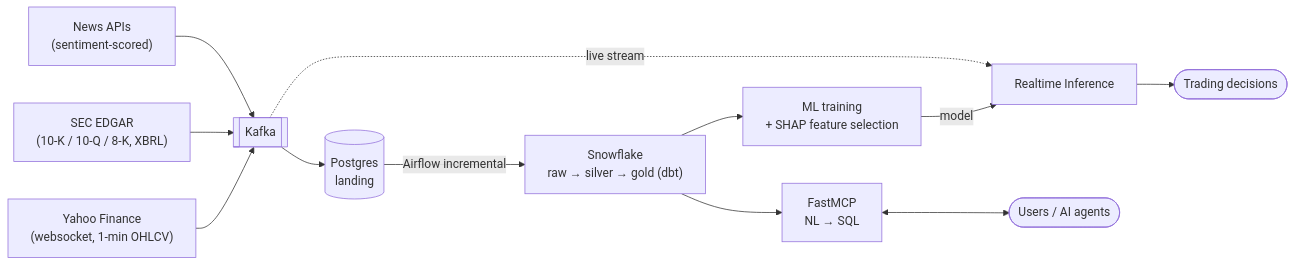
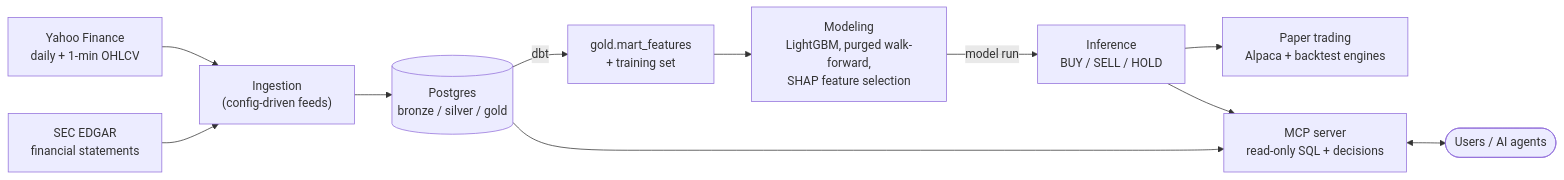
The diagram in README.md (Analyst-Ninja/aurum), drawn with Mermaid before and after one commit. The commit also changed other lines of this file and 26 other files, not shown here.

````diff
--- a/README.md
+++ b/README.md
@@ -11,12 +13,12 @@
 ```mermaid
 flowchart LR
-    YF["Yahoo Finance<br/>(websocket, 1-min OHLCV)"] --> K
-    ED["SEC EDGAR<br/>(10-K / 10-Q / 8-K, XBRL)"] --> K
-    NW["News APIs<br/>(sentiment-scored)"] --> K
-    K[["Kafka"]] --> PG[("Postgres<br/>landing")]
-    PG -->|Airflow incremental| SF["Snowflake<br/>raw → silver → gold (dbt)"]
-    SF --> ML["ML training<br/>+ SHAP feature selection"]
-    ML -->|model| RT["Realtime Inference"]
-    K -.->|live stream| RT --> DEC(["Trading decisions"])
-    SF --> MCP["FastMCP<br/>NL → SQL"] <--> U(["Users / AI agents"])
+    YF["Yahoo Finance<br/>daily + 1-min OHLCV"] --> ING
+    ED["SEC EDGAR<br/>financial statements"] --> ING
+    ING["Ingestion<br/>(config-driven feeds)"] --> PG[("Postgres<br/>bronze / silver / gold")]
+    PG -->|dbt| FEAT["gold.mart_features<br/>+ training set"]
+    FEAT --> ML["Modeling<br/>LightGBM, purged walk-forward,<br/>SHAP feature selection"]
+    ML -->|model run| INF["Inference<br/>BUY / SELL / HOLD"]
+    INF --> PAPER["Paper trading<br/>Alpaca + backtest engines"]
+    PG --> MCP["MCP server<br/>read-only SQL + decisions"] <--> U(["Users / AI agents"])
+    INF --> MCP
 ```
````
